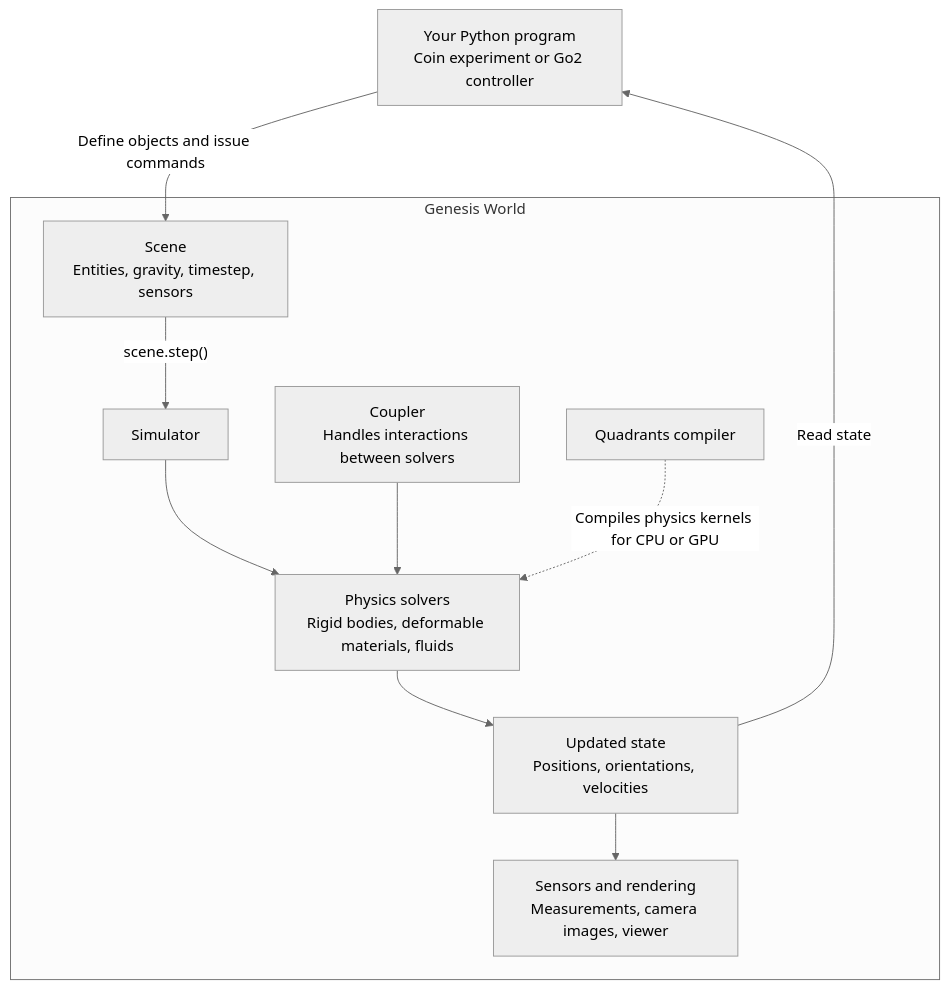
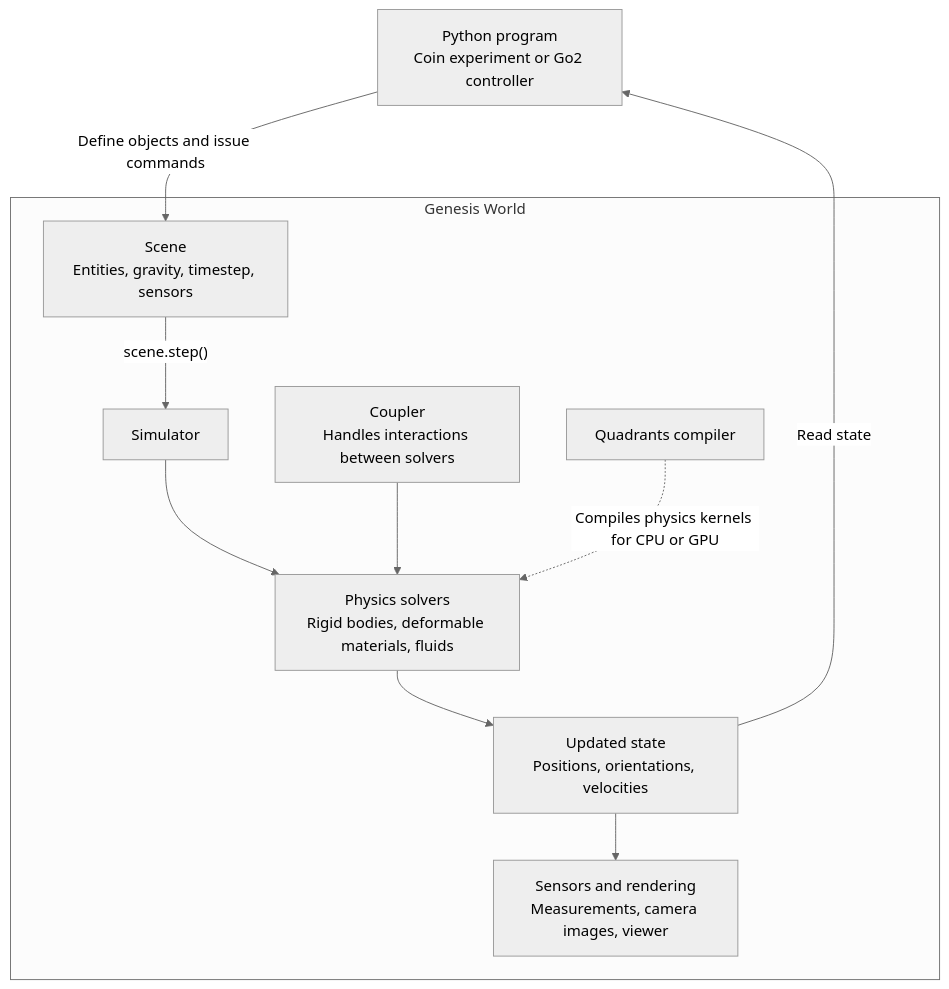
One commit to GraphoLogiCode/genesis-world changed the diagram in README.md. Above: the diagram before and after it, drawn with Mermaid (neutral theme). The commit also changed other lines of this file and 4 other files, not shown here.

````diff
--- a/README.md
+++ b/README.md
@@ -19,21 +19,21 @@
 ```mermaid
 flowchart TD
-    P["Your Python program<br/>Coin experiment or Go2 controller"]
+    P["Python program<br/>Coin experiment or Go2 controller"]
     subgraph G["Genesis World"]
         S["Scene<br/>Entities, gravity, timestep, sensors"]
         Sim["Simulator"]
         C["Coupler<br/>Handles interactions between solvers"]
         Q["Quadrants compiler"]
         Sol["Physics solvers<br/>Rigid bodies, deformable materials, fluids"]
         U["Updated state<br/>Positions, orientations, velocities"]
         R["Sensors and rendering<br/>Measurements, camera images, viewer"]
     end
     P -->|"Define objects and issue commands"| S
     S -->|"scene.step()"| Sim
     Sim --> Sol
     C --> Sol
     Q -.->|"Compiles physics kernels for CPU or GPU"| Sol
     Sol --> U
     U --> R
     U -->|"Read state"| P
 ```
````
